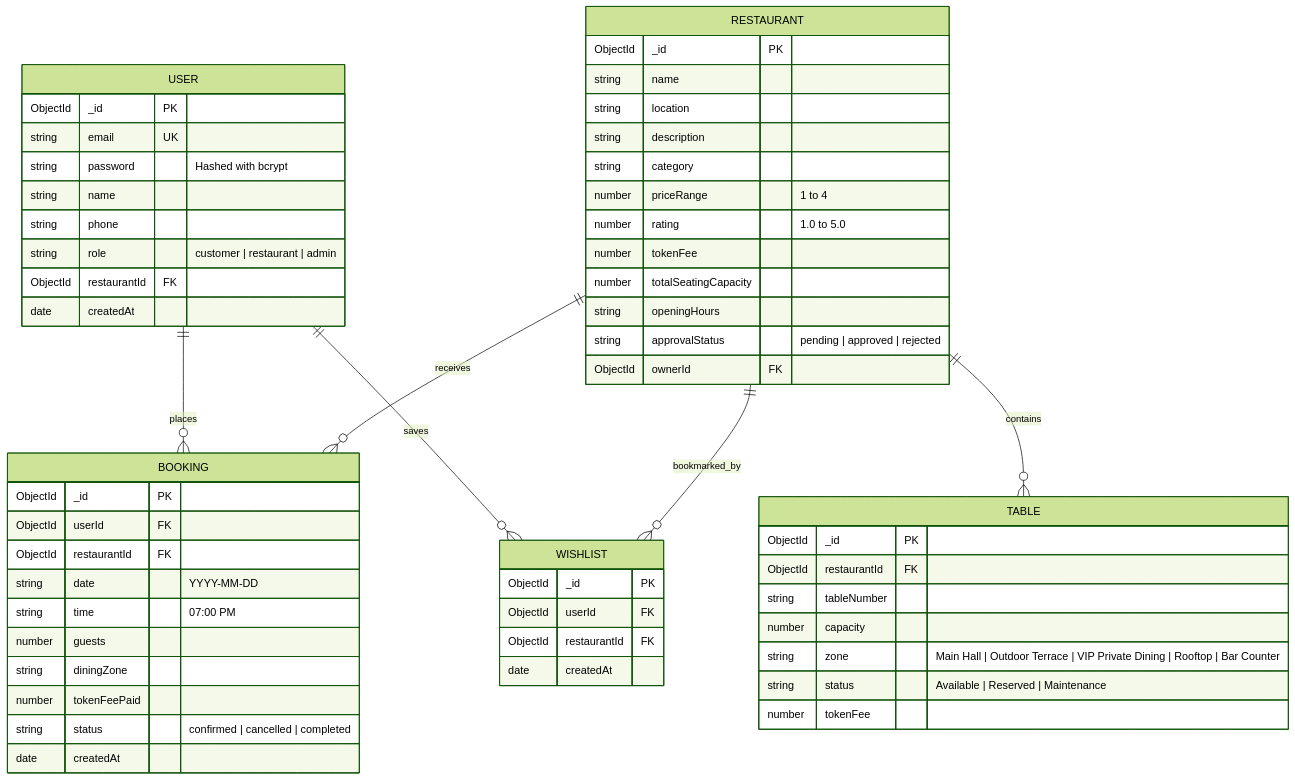
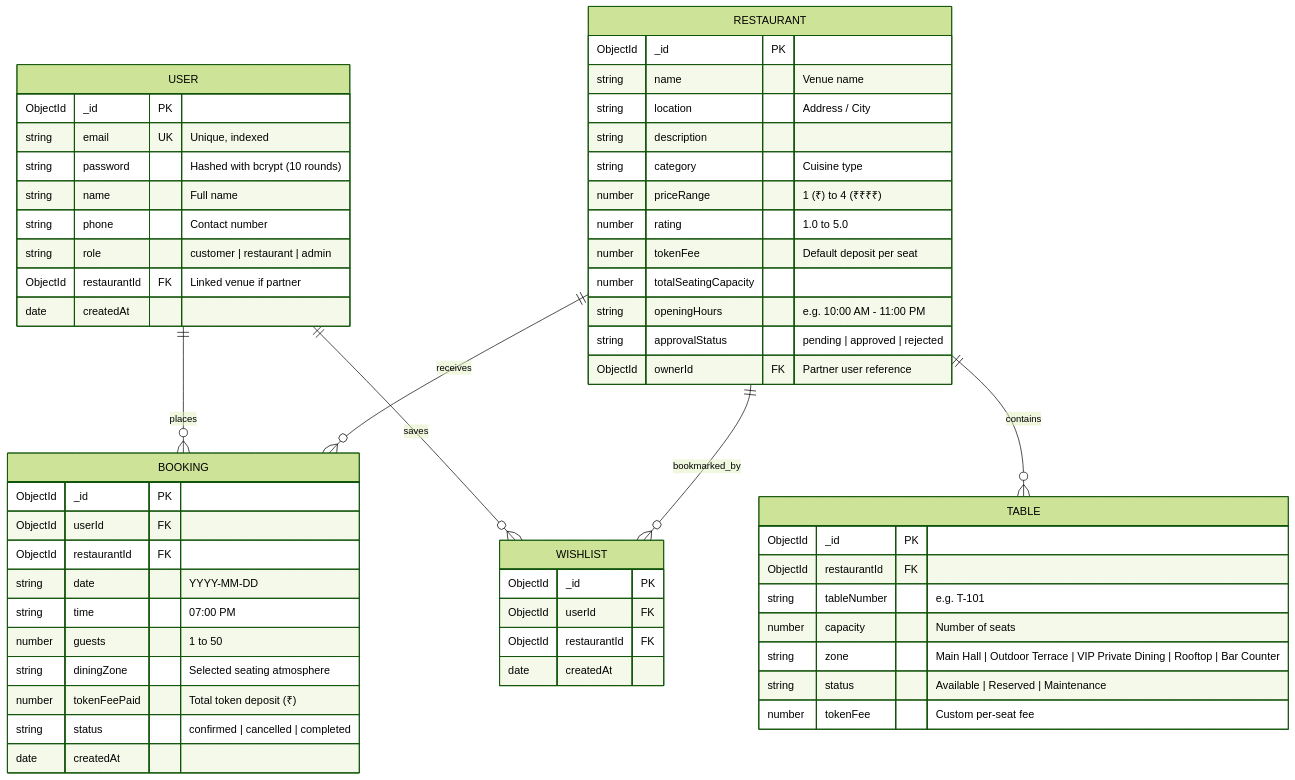
The second of 2 diagrams in README.md (Aaryan-9784/BookMyTable), drawn with Mermaid (forest theme) before and after one commit. The commit also changed other lines of this file and 1 other file, not shown here.

````diff
--- a/README.md
+++ b/README.md
@@ -393,64 +394,64 @@
 ```mermaid
 erDiagram
     USER ||--o{ BOOKING : places
     USER ||--o{ WISHLIST : saves
     RESTAURANT ||--o{ TABLE : contains
     RESTAURANT ||--o{ BOOKING : receives
     RESTAURANT ||--o{ WISHLIST : bookmarked_by
 
     USER {
         ObjectId _id PK
-        string email UK
-        string password "Hashed with bcrypt"
-        string name
-        string phone
+        string email UK "Unique, indexed"
+        string password "Hashed with bcrypt (10 rounds)"
+        string name "Full name"
+        string phone "Contact number"
         string role "customer | restaurant | admin"
-        ObjectId restaurantId FK
+        ObjectId restaurantId FK "Linked venue if partner"
         date createdAt
     }
 
     RESTAURANT {
         ObjectId _id PK
-        string name
-        string location
+        string name "Venue name"
+        string location "Address / City"
         string description
-        string category
-        number priceRange "1 to 4"
+        string category "Cuisine type"
+        number priceRange "1 (₹) to 4 (₹₹₹₹)"
         number rating "1.0 to 5.0"
-        number tokenFee
+        number tokenFee "Default deposit per seat"
         number totalSeatingCapacity
-        string openingHours
+        string openingHours "e.g. 10:00 AM - 11:00 PM"
         string approvalStatus "pending | approved | rejected"
-        ObjectId ownerId FK
+        ObjectId ownerId FK "Partner user reference"
     }
 
     TABLE {
         ObjectId _id PK
         ObjectId restaurantId FK
-        string tableNumber
-        number capacity
+        string tableNumber "e.g. T-101"
+        number capacity "Number of seats"
         string zone "Main Hall | Outdoor Terrace | VIP Private Dining | Rooftop | Bar Counter"
         string status "Available | Reserved | Maintenance"
-        number tokenFee
+        number tokenFee "Custom per-seat fee"
     }
 
     BOOKING {
         ObjectId _id PK
         ObjectId userId FK
         ObjectId restaurantId FK
         string date "YYYY-MM-DD"
         string time "07:00 PM"
-        number guests
-        string diningZone
-        number tokenFeePaid
+        number guests "1 to 50"
+        string diningZone "Selected seating atmosphere"
+        number tokenFeePaid "Total token deposit (₹)"
         string status "confirmed | cancelled | completed"
         date createdAt
     }
 
     WISHLIST {
         ObjectId _id PK
         ObjectId userId FK
         ObjectId restaurantId FK
         date createdAt
     }
 ```
````
